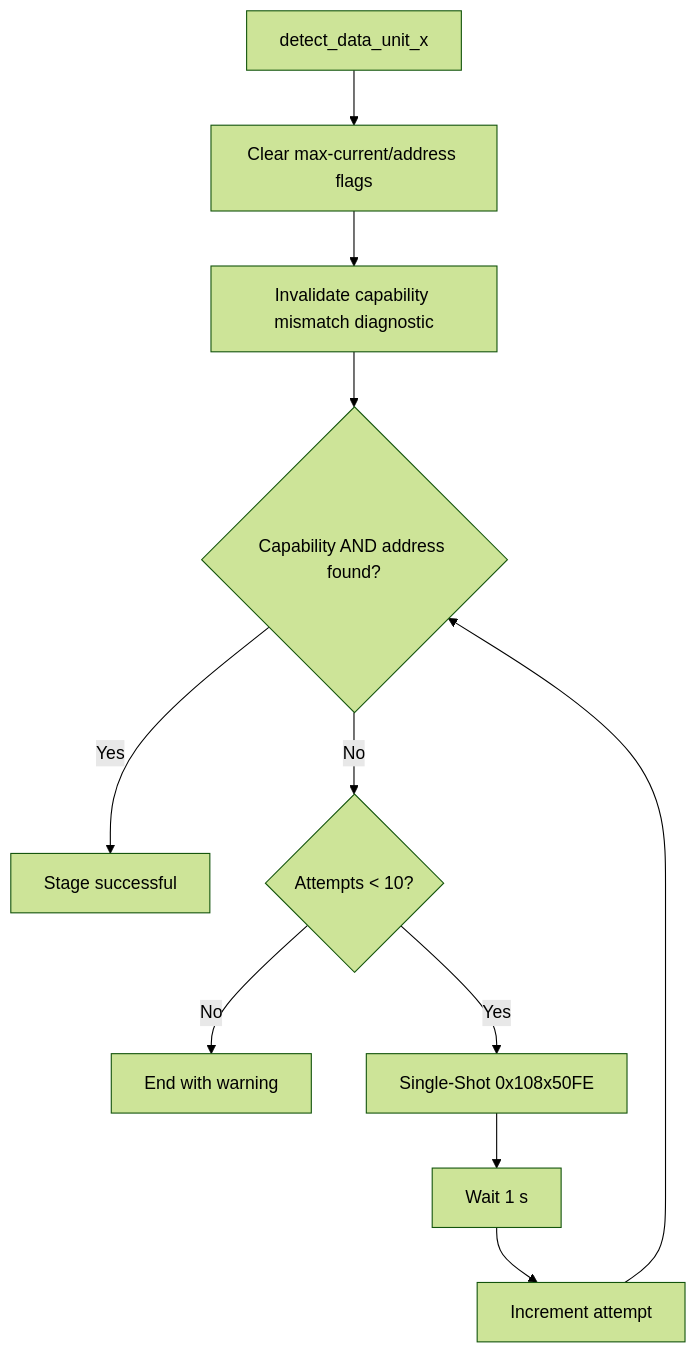
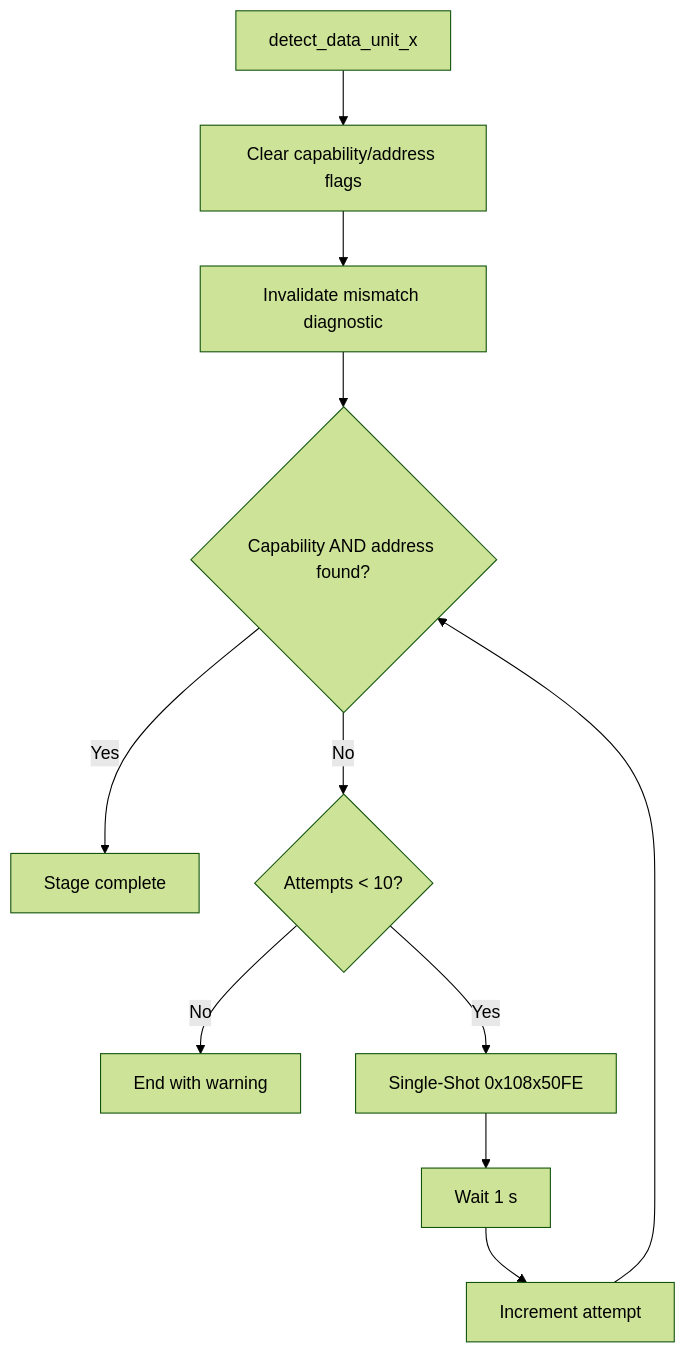
Before and after one commit to anwa/esphome-r4875g1-3phase-charger: the ninth of 20 diagrams in R4875G1_CONTROL_FLOWS.md, drawn with Mermaid (forest theme). The commit also changed other lines of this file, not shown here.

````diff
--- a/R4875G1_CONTROL_FLOWS.md
+++ b/R4875G1_CONTROL_FLOWS.md
@@ -341,13 +278,13 @@
 ```mermaid
 flowchart TD
-    A[detect_data_unit_x] --> B[Clear max-current/address flags]
-    B --> C[Invalidate capability mismatch diagnostic]
+    A[detect_data_unit_x] --> B[Clear capability/address flags]
+    B --> C[Invalidate mismatch diagnostic]
     C --> D{Capability AND address found?}
-    D -- Yes --> OK[Stage successful]
+    D -- Yes --> OK[Stage complete]
     D -- No --> E{Attempts < 10?}
     E -- No --> FAIL[End with warning]
     E -- Yes --> F[Single-Shot 0x108x50FE]
     F --> G[Wait 1 s]
     G --> H[Increment attempt]
     H --> D
 ```
````
